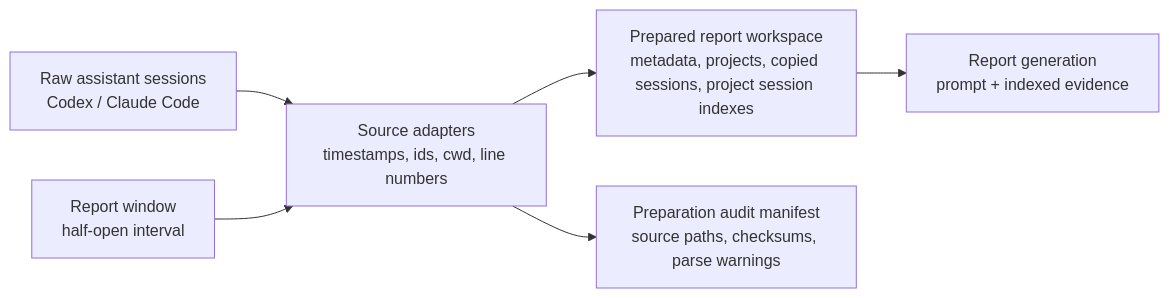
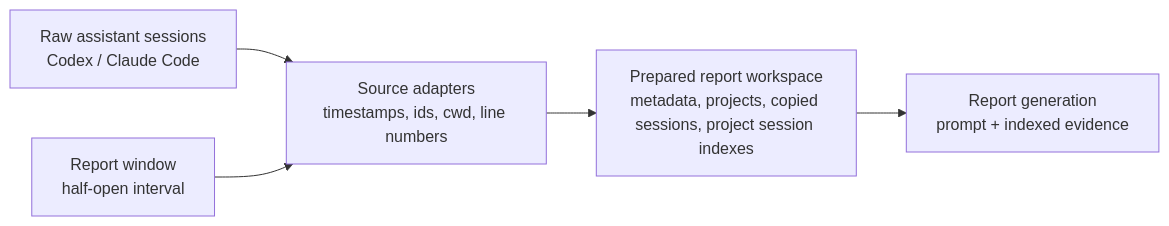
One commit to OptimalCNC/prompt-diary changed the first of 2 diagrams in docs/src/workspace-layout.md. Above: the diagram before and after it, drawn with Mermaid. The commit also changed other lines of this file and 5 other files, not shown here.

````diff
--- a/docs/src/workspace-layout.md
+++ b/docs/src/workspace-layout.md
@@ -7,15 +7,13 @@
 ```mermaid
 flowchart LR
     raw["Raw assistant sessions<br/>Codex / Claude Code"]
     adapters["Source adapters<br/>timestamps, ids, cwd, line numbers"]
     window["Report window<br/>half-open interval"]
     workspace["Prepared report workspace<br/>metadata, projects, copied sessions, project session indexes"]
-    audit["Preparation audit manifest<br/>source paths, checksums, parse warnings"]
     report["Report generation<br/>prompt + indexed evidence"]
 
     raw --> adapters
     window --> adapters
     adapters --> workspace
-    adapters --> audit
     workspace --> report
 ```
````
